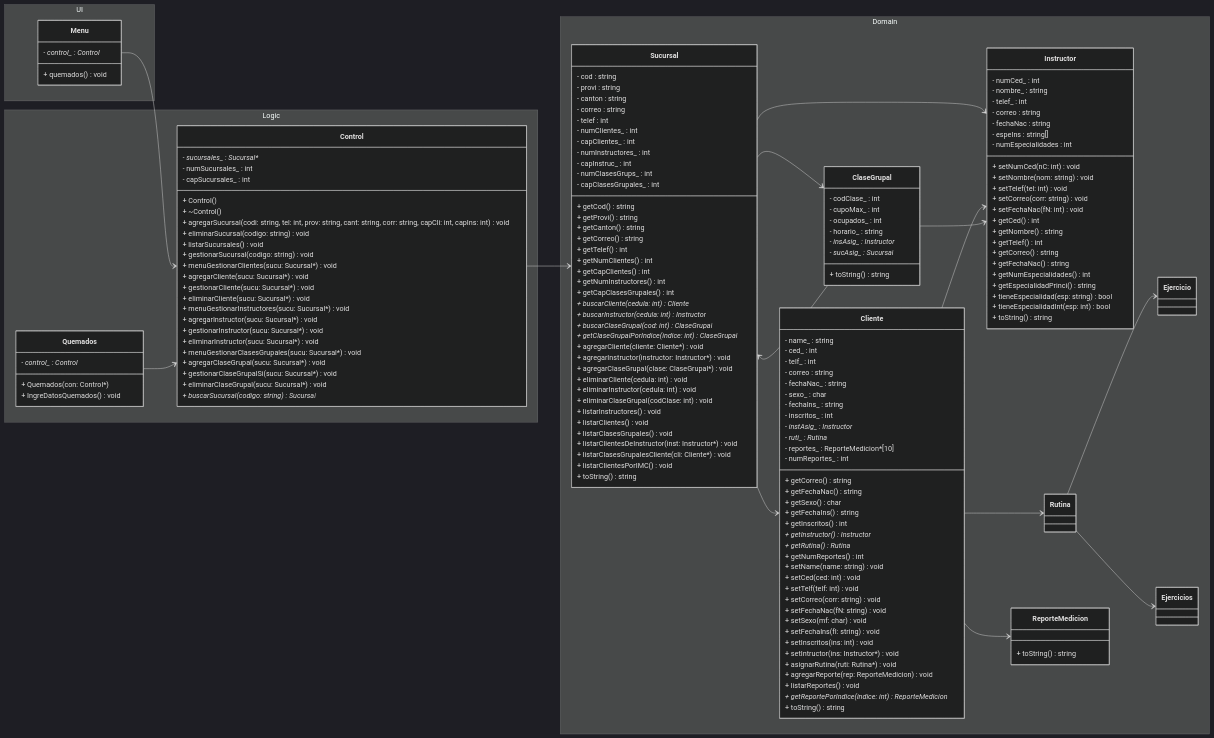
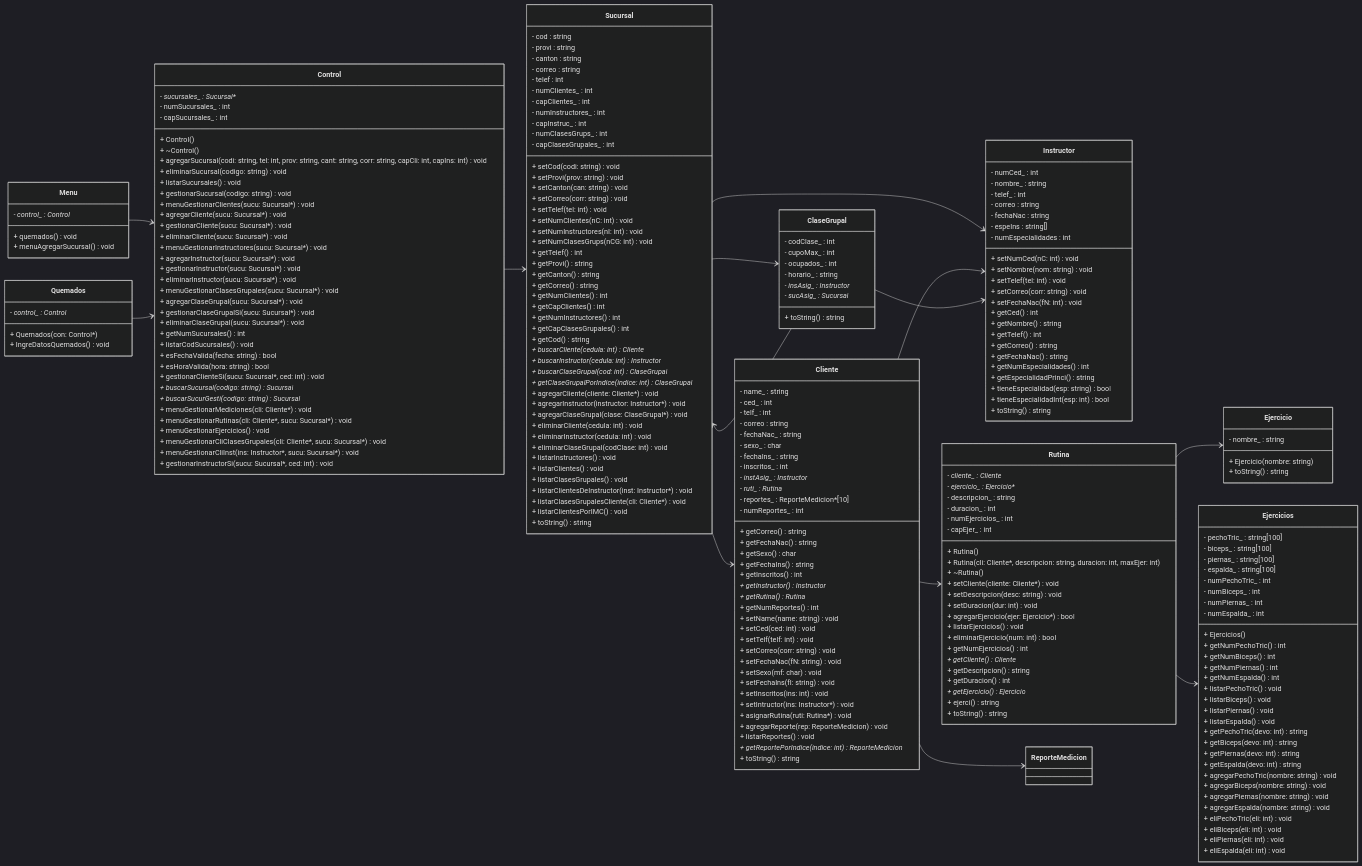
Before and after one commit to Mapachiiin/Proyecto-de-Programacion-I: the diagram in UML.md, drawn with Mermaid (dark theme). The commit also changed other lines of this file, not shown here.

Commit message:
Mas UML update hasta que quede guapo

```diff
--- a/UML.md
+++ b/UML.md
@@ -66,165 +2,240 @@
 classDiagram
   direction LR
 
-  namespace UI {
-    class Menu {
-      - control_ : Control*
-      + quemados() void
-    }
+  %% UI
+  class Menu {
+    - control_ : Control*
+    + quemados() void
+    + menuAgregarSucursal() void
   }
 
-  namespace Logic {
-    class Control {
-      - sucursales_ : Sucursal**
-      - numSucursales_ : int
-      - capSucursales_ : int
-      + Control()
-      + ~Control()
-      + agregarSucursal(codi: string, tel: int, prov: string, cant: string, corr: string, capCli: int, capIns: int) void
-      + eliminarSucursal(codigo: string) void
-      + listarSucursales() void
-      + gestionarSucursal(codigo: string) void
-      + menuGestionarClientes(sucu: Sucursal*) void
-      + agregarCliente(sucu: Sucursal*) void
-      + gestionarCliente(sucu: Sucursal*) void
-      + eliminarCliente(sucu: Sucursal*) void
-      + menuGestionarInstructores(sucu: Sucursal*) void
-      + agregarInstructor(sucu: Sucursal*) void
-      + gestionarInstructor(sucu: Sucursal*) void
-      + eliminarInstructor(sucu: Sucursal*) void
-      + menuGestionarClasesGrupales(sucu: Sucursal*) void
-      + agregarClaseGrupal(sucu: Sucursal*) void
-      + gestionarClaseGrupalSi(sucu: Sucursal*) void
-      + eliminarClaseGrupal(sucu: Sucursal*) void
-      + buscarSucursal(codigo: string) Sucursal*
-    }
-
-    class Quemados {
-      - control_ : Control*
-      + Quemados(con: Control*)
-      + IngreDatosQuemados() void
-    }
+  %% Logica
+  class Control {
+    - sucursales_ : Sucursal**
+    - numSucursales_ : int
+    - capSucursales_ : int
+    + Control()
+    + ~Control()
+    + agregarSucursal(codi: string, tel: int, prov: string, cant: string, corr: string, capCli: int, capIns: int) void
+    + eliminarSucursal(codigo: string) void
+    + listarSucursales() void
+    + gestionarSucursal(codigo: string) void
+    + menuGestionarClientes(sucu: Sucursal*) void
+    + agregarCliente(sucu: Sucursal*) void
+    + gestionarCliente(sucu: Sucursal*) void
+    + eliminarCliente(sucu: Sucursal*) void
+    + menuGestionarInstructores(sucu: Sucursal*) void
+    + agregarInstructor(sucu: Sucursal*) void
+    + gestionarInstructor(sucu: Sucursal*) void
+    + eliminarInstructor(sucu: Sucursal*) void
+    + menuGestionarClasesGrupales(sucu: Sucursal*) void
+    + agregarClaseGrupal(sucu: Sucursal*) void
+    + gestionarClaseGrupalSi(sucu: Sucursal*) void
+    + eliminarClaseGrupal(sucu: Sucursal*) void
+    + getNumSucursales() int
+    + listarCodSucursales() void
+    + esFechaValida(fecha: string) bool
+    + esHoraValida(hora: string) bool
+    + gestionarClienteSi(sucu: Sucursal*, ced: int) void
+    + buscarSucursal(codigo: string) Sucursal*
+    + buscarSucurGesti(codigo: string) Sucursal*
+    + menuGestionarMediciones(cli: Cliente*) void
+    + menuGestionarRutinas(cli: Cliente*, sucu: Sucursal*) void
+    + menuGestionarEjercicios() void
+    + menuGestionarCliClasesGrupales(cli: Cliente*, sucu: Sucursal*) void
+    + menuGestionarCliInst(ins: Instructor*, sucu: Sucursal*) void
+    + gestionarInstructorSi(sucu: Sucursal*, ced: int) void
   }
 
-  namespace Domain {
-    class Sucursal {
-      - cod : string
-      - provi : string
-      - canton : string
-      - correo : string
-      - telef : int
-      - numClientes_ : int
-      - capClientes_ : int
-      - numInstructores_ : int
-      - capInstruc_ : int
-      - numClasesGrups_ : int
-      - capClasesGrupales_ : int
-      + getCod() string
-      + getProvi() string
-      + getCanton() string
-      + getCorreo() string
-      + getTelef() int
-      + getNumClientes() int
-      + getCapClientes() int
-      + getNumInstructores() int
-      + getCapClasesGrupales() int
-      + buscarCliente(cedula: int) Cliente*
-      + buscarInstructor(cedula: int) Instructor*
-      + buscarClaseGrupal(cod: int) ClaseGrupal*
-      + getClaseGrupalPorIndice(indice: int) ClaseGrupal*
-      + agregarCliente(cliente: Cliente*) void
-      + agregarInstructor(instructor: Instructor*) void
-      + agregarClaseGrupal(clase: ClaseGrupal*) void
-      + eliminarCliente(cedula: int) void
-      + eliminarInstructor(cedula: int) void
-      + eliminarClaseGrupal(codClase: int) void
-      + listarInstructores() void
-      + listarClientes() void
-      + listarClasesGrupales() void
-      + listarClientesDeInstructor(inst: Instructor*) void
-      + listarClasesGrupalesCliente(cli: Cliente*) void
-      + listarClientesPorIMC() void
-      + toString() string
-    }
+  class Quemados {
+    - control_ : Control*
+    + Quemados(con: Control*)
+    + IngreDatosQuemados() void
+  }
 
-    class Cliente {
-      - name_ : string
-      - ced_ : int
-      - telf_ : int
-      - correo : string
-      - fechaNac_ : string
-      - sexo_ : char
-      - fechaIns_ : string
-      - inscritos_ : int
-      - instAsig_ : Instructor*
-      - ruti_ : Rutina*
-      - reportes_ : ReporteMedicion*[10]
-      - numReportes_ : int
-      + getCorreo() string
-      + getFechaNac() string
-      + getSexo() char
-      + getFechaIns() string
-      + getInscritos() int
-      + getInstructor() Instructor*
-      + getRutina() Rutina*
-      + getNumReportes() int
-      + setName(name: string) void
-      + setCed(ced: int) void
-      + setTelf(telf: int) void
-      + setCorreo(corr: string) void
-      + setFechaNac(fN: string) void
-      + setSexo(mf: char) void
-      + setFechaIns(fI: string) void
-      + setInscritos(ins: int) void
-      + setIntructor(ins: Instructor*) void
-      + asignarRutina(ruti: Rutina*) void
-      + agregarReporte(rep: ReporteMedicion) void
-      + listarReportes() void
-      + getReportePorIndice(indice: int) ReporteMedicion*
-      + toString() string
-    }
+  %% Dominio
+  class Sucursal {
+    - cod : string
+    - provi : string
+    - canton : string
+    - correo : string
+    - telef : int
+    - numClientes_ : int
+    - capClientes_ : int
+    - numInstructores_ : int
+    - capInstruc_ : int
+    - numClasesGrups_ : int
+    - capClasesGrupales_ : int
+    + setCod(codi: string) void
+    + setProvi(prov: string) void
+    + setCanton(can: string) void
+    + setCorreo(corr: string) void
+    + setTelef(tel: int) void
+    + setNumClientes(nC: int) void
+    + setNumInstructores(nI: int) void
+    + setNumClasesGrups(nCG: int) void
+    + getTelef() int
+    + getProvi() string
+    + getCanton() string
+    + getCorreo() string
+    + getNumClientes() int
+    + getCapClientes() int
+    + getNumInstructores() int
+    + getCapClasesGrupales() int
+    + getCod() string
+    + buscarCliente(cedula: int) Cliente*
+    + buscarInstructor(cedula: int) Instructor*
+    + buscarClaseGrupal(cod: int) ClaseGrupal*
+    + getClaseGrupalPorIndice(indice: int) ClaseGrupal*
+    + agregarCliente(cliente: Cliente*) void
+    + agregarInstructor(instructor: Instructor*) void
+    + agregarClaseGrupal(clase: ClaseGrupal*) void
+    + eliminarCliente(cedula: int) void
+    + eliminarInstructor(cedula: int) void
+    + eliminarClaseGrupal(codClase: int) void
+    + listarInstructores() void
+    + listarClientes() void
+    + listarClasesGrupales() void
+    + listarClientesDeInstructor(inst: Instructor*) void
+    + listarClasesGrupalesCliente(cli: Cliente*) void
+    + listarClientesPorIMC() void
+    + toString() string
+  }
 
-    class Instructor {
-      - numCed_ : int
-      - nombre_ : string
-      - telef_ : int
-      - correo : string
-      - fechaNac : string
-      - espeIns : string[]
-      - numEspecialidades : int
-      + setNumCed(nC: int) void
-      + setNombre(nom: string) void
-      + setTelef(tel: int) void
-      + setCorreo(corr: string) void
-      + setFechaNac(fN: int) void
-      + getCed() int
-      + getNombre() string
-      + getTelef() int
-      + getCorreo() string
-      + getFechaNac() string
-      + getNumEspecialidades() int
-      + getEspecialidadPrinci() string
-      + tieneEspecialidad(esp: string) bool
-      + tieneEspecialidadInt(esp: int) bool
-      + toString() string
-    }
+  class Cliente {
+    - name_ : string
+    - ced_ : int
+    - telf_ : int
+    - correo : string
+    - fechaNac_ : string
+    - sexo_ : char
+    - fechaIns_ : string
+    - inscritos_ : int
+    - instAsig_ : Instructor*
+    - ruti_ : Rutina*
+    - reportes_ : ReporteMedicion*[10]
+    - numReportes_ : int
+    + getCorreo() string
+    + getFechaNac() string
+    + getSexo() char
+    + getFechaIns() string
+    + getInscritos() int
+    + getInstructor() Instructor*
+    + getRutina() Rutina*
+    + getNumReportes() int
+    + setName(name: string) void
+    + setCed(ced: int) void
+    + setTelf(telf: int) void
+    + setCorreo(corr: string) void
+    + setFechaNac(fN: string) void
+    + setSexo(mf: char) void
+    + setFechaIns(fI: string) void
+    + setInscritos(ins: int) void
+    + setIntructor(ins: Instructor*) void
+    + asignarRutina(ruti: Rutina*) void
+    + agregarReporte(rep: ReporteMedicion) void
+    + listarReportes() void
+    + getReportePorIndice(indice: int) ReporteMedicion*
+    + toString() string
+  }
 
-    class ClaseGrupal {
-      - codClase_ : int
-      - cupoMax_ : int
-      - ocupados_ : int
-      - horario_ : string
-      - insAsig_ : Instructor*
-      - sucAsig_ : Sucursal*
-      + toString() string
-    }
+  class Instructor {
+    - numCed_ : int
+    - nombre_ : string
+    - telef_ : int
+    - correo : string
+    - fechaNac : string
+    - espeIns : string[]
+    - numEspecialidades : int
+    + setNumCed(nC: int) void
+    + setNombre(nom: string) void
+    + setTelef(tel: int) void
+    + setCorreo(corr: string) void
+    + setFechaNac(fN: int) void
+    + getCed() int
+    + getNombre() string
+    + getTelef() int
+    + getCorreo() string
+    + getFechaNac() string
+    + getNumEspecialidades() int
+    + getEspecialidadPrinci() string
+    + tieneEspecialidad(esp: string) bool
+    + tieneEspecialidadInt(esp: int) bool
+    + toString() string
+  }
 
-    class Rutina
-    class Ejercicio
-    class Ejercicios
-    class ReporteMedicion {
-      + toString() string
-    }
+  class ClaseGrupal {
+    - codClase_ : int
+    - cupoMax_ : int
+    - ocupados_ : int
+    - horario_ : string
+    - insAsig_ : Instructor*
+    - sucAsig_ : Sucursal*
+    + toString() string
+  }
+
+  %% COMPLETAMOS: Rutina, Ejercicios y Ejercicio
+  class Rutina {
+    - cliente_ : Cliente*
+    - ejercicio_ : Ejercicio**
+    - descripcion_ : string
+    - duracion_ : int
+    - numEjercicios_ : int
+    - capEjer_ : int
+    + Rutina()
+    + Rutina(cli: Cliente*, descripcion: string, duracion: int, maxEjer: int)
+    + ~Rutina()
+    + setCliente(cliente: Cliente*) void
+    + setDescripcion(desc: string) void
+    + setDuracion(dur: int) void
+    + agregarEjercicio(ejer: Ejercicio*) bool
+    + listarEjercicios() void
+    + eliminarEjercicio(num: int) bool
+    + getNumEjercicios() int
+    + getCliente() Cliente*
+    + getDescripcion() string
+    + getDuracion() int
+    + getEjercicio() Ejercicio*
+    + ejerci() string
+    + toString() string
+  }
+
+  class Ejercicios {
+    - pechoTric_ : string[100]
+    - biceps_ : string[100]
+    - piernas_ : string[100]
+    - espalda_ : string[100]
+    - numPechoTric_ : int
+    - numBiceps_ : int
+    - numPiernas_ : int
+    - numEspalda_ : int
+    + Ejercicios()
+    + getNumPechoTric() int
+    + getNumBiceps() int
+    + getNumPiernas() int
+    + getNumEspalda() int
+    + listarPechoTric() void
+    + listarBiceps() void
+    + listarPiernas() void
+    + listarEspalda() void
+    + getPechoTric(devo: int) string
+    + getBiceps(devo: int) string
+    + getPiernas(devo: int) string
+    + getEspalda(devo: int) string
+    + agregarPechoTric(nombre: string) void
+    + agregarBiceps(nombre: string) void
+    + agregarPiernas(nombre: string) void
+    + agregarEspalda(nombre: string) void
+    + eliPechoTric(eli: int) void
+    + eliBiceps(eli: int) void
+    + eliPiernas(eli: int) void
+    + eliEspalda(eli: int) void
+  }
+
+  class Ejercicio {
+    - nombre_ : string
+    + Ejercicio(nombre: string)
+    + toString() string
   }
 
   %% Relaciones
```
